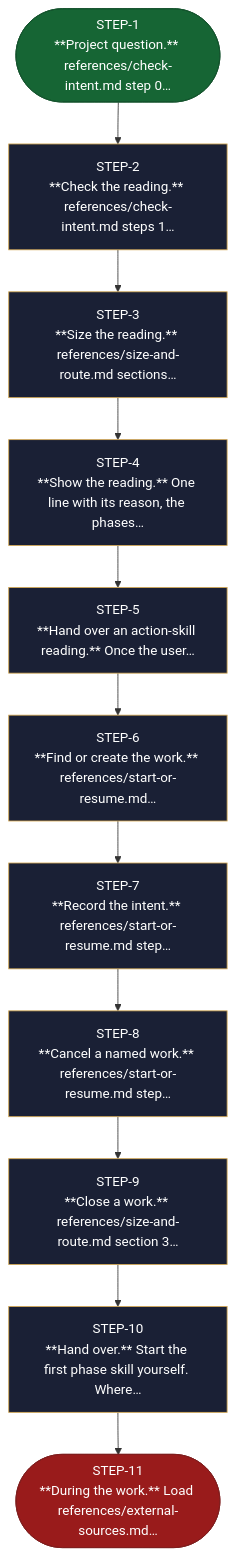
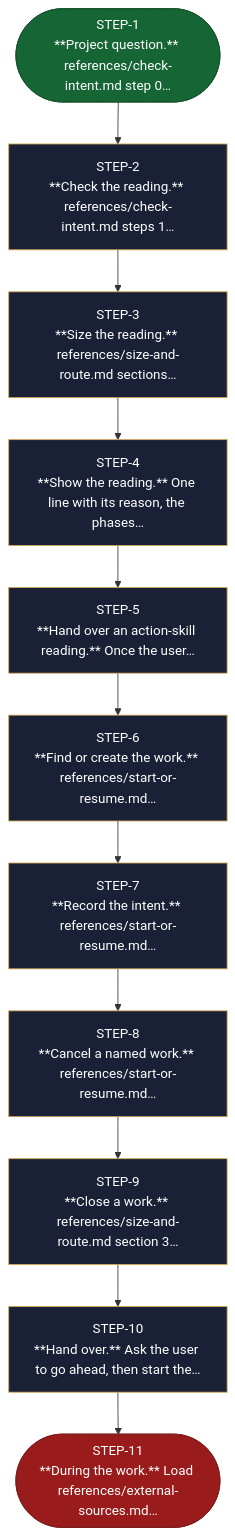
Before and after one commit to AndreVianna/aid-methodology: the diagram in site/src/content/docs/skills/aid-orchestrate.md, drawn with Mermaid. The commit also changed other lines of this file and 4 other files, not shown here.

First line of the commit message:
task-032: fix round (aid-orchestrate steps carry one advance word each: approval ASK, several-works/open-questions step 6a ASK, cancel and hand-overs ASK then HALT; site regenerated)

````diff
--- a/site/src/content/docs/skills/aid-orchestrate.md
+++ b/site/src/content/docs/skills/aid-orchestrate.md
@@ -22,52 +22,52 @@
 ```mermaid
 flowchart TB
   classDef aidNode color:#fff
   classDef aidEntry fill:#166534,stroke:#14532d,color:#fff
   classDef aidExit fill:#991b1b,stroke:#7f1d1d,color:#fff
   classDef aidDecision fill:#92400e,stroke:#78350f,color:#fff
   classDef aidLoopBack fill:#1e3a8a,stroke:#1e3a8a,color:#fff
   classDef aidStep fill:#1a2035,stroke:#d4a853,color:#f1f5f9
   n1(["STEP-1<br/>**Project question.** references/check-intent.md step 0…"])
   n2["STEP-2<br/>**Check the reading.** references/check-intent.md steps 1…"]
   n3["STEP-3<br/>**Size the reading.** references/size-and-route.md sections…"]
   n4["STEP-4<br/>**Show the reading.** One line with its reason, the phases…"]
   n5["STEP-5<br/>**Hand over an action-skill reading.** Once the user…"]
   n6["STEP-6<br/>**Find or create the work.** references/start-or-resume.md…"]
-  n7["STEP-7<br/>**Record the intent.** references/start-or-resume.md step…"]
-  n8["STEP-8<br/>**Cancel a named work.** references/start-or-resume.md step…"]
+  n7["STEP-7<br/>**Record the intent.** references/start-or-resume.md…"]
+  n8["STEP-8<br/>**Cancel a named work.** references/start-or-resume.md…"]
   n9["STEP-9<br/>**Close a work.** references/size-and-route.md section 3…"]
-  n10["STEP-10<br/>**Hand over.** Start the first phase skill yourself. Where…"]
+  n10["STEP-10<br/>**Hand over.** Ask the user to go ahead, then start the…"]
   n11(["STEP-11<br/>**During the work.** Load references/external-sources.md…"])
   n1 --> n2
   n2 --> n3
   n3 --> n4
   n4 --> n5
   n5 --> n6
   n6 --> n7
   n7 --> n8
   n8 --> n9
   n9 --> n10
   n10 --> n11
   class n1 aidEntry
   class n2 aidStep
   class n3 aidStep
   class n4 aidStep
   class n5 aidStep
   class n6 aidStep
   class n7 aidStep
   class n8 aidStep
   class n9 aidStep
   class n10 aidStep
   class n11 aidExit
   class n1 aidNode
   class n2 aidNode
   class n3 aidNode
   class n4 aidNode
   class n5 aidNode
   class n6 aidNode
   class n7 aidNode
   class n8 aidNode
   class n9 aidNode
   class n10 aidNode
   class n11 aidNode
 ```
````
